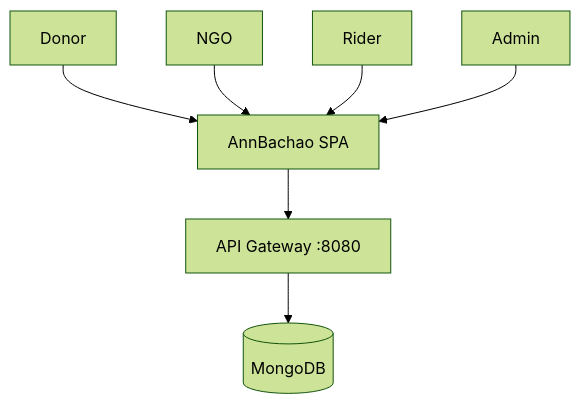
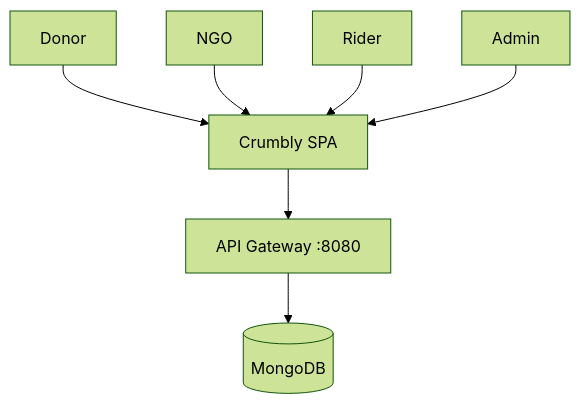
Before and after one commit to kavy4278/Microservices: the first of 6 diagrams in docs/alldiagrams.md, drawn with Mermaid (forest theme). The commit also changed other lines of this file and 35 other files, not shown here.

First line of the commit message:
rebrand: AnnBachao → Crumbly

````diff
--- a/docs/alldiagrams.md
+++ b/docs/alldiagrams.md
@@ -4,9 +4,9 @@
 ```mermaid
 graph TD
-  Donor-->FE[AnnBachao SPA]
+  Donor-->FE[Crumbly SPA]
   NGO-->FE
   Rider-->FE
   Admin-->FE
   FE-->GW[API Gateway :8080]
   GW-->Mongo[(MongoDB)]
 ```
````
